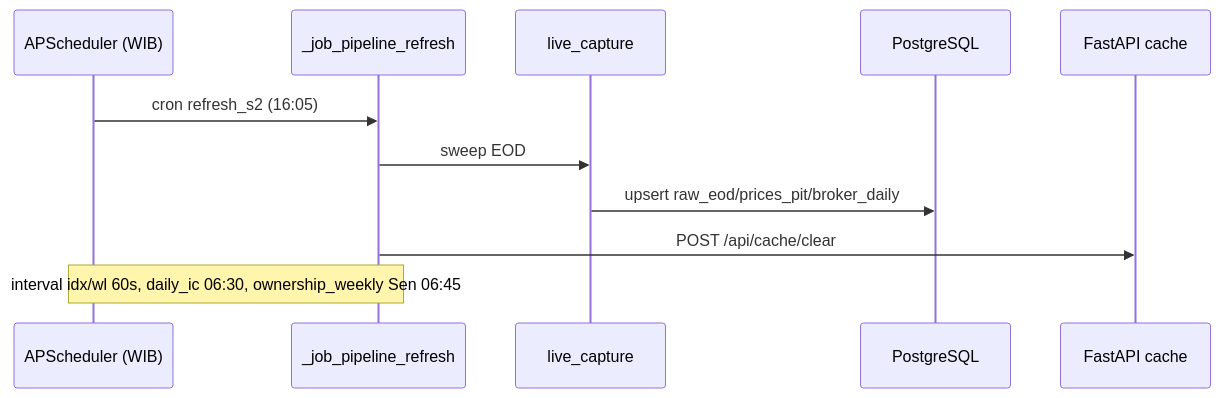
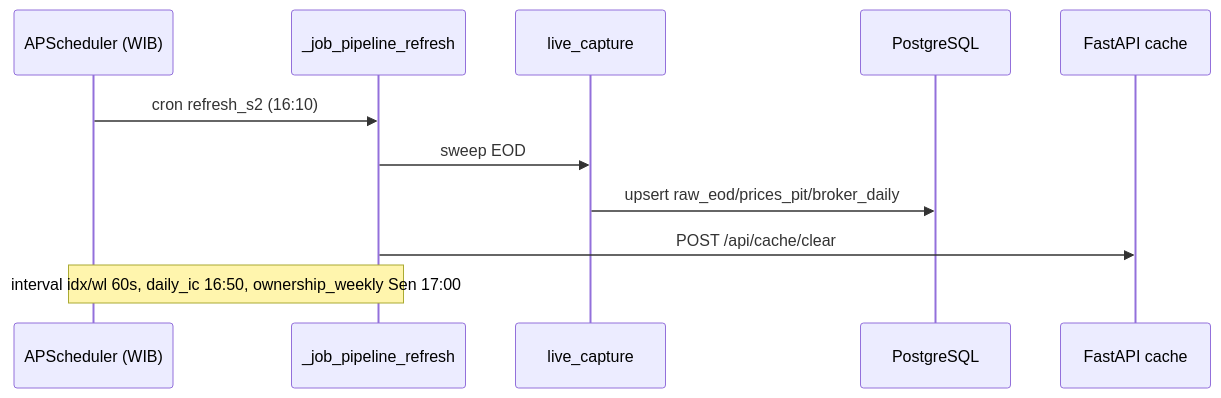
One commit to faizalajiw/idx-web changed the seventh of 7 diagrams in docs/README.md. Above: the diagram before and after it, drawn with Mermaid. The commit also changed other lines of this file and 15 other files, not shown here.

````diff
--- a/docs/README.md
+++ b/docs/README.md
@@ -158,13 +158,13 @@
 ```mermaid
 sequenceDiagram
     participant SCH as APScheduler (WIB)
     participant JOB as _job_pipeline_refresh
     participant LIVE as live_capture
     participant PG as PostgreSQL
     participant API as FastAPI cache
-    SCH->>JOB: cron refresh_s2 (16:05)
+    SCH->>JOB: cron refresh_s2 (16:10)
     JOB->>LIVE: sweep EOD
     LIVE->>PG: upsert raw_eod/prices_pit/broker_daily
     JOB->>API: POST /api/cache/clear
-    Note over SCH,JOB: interval idx/wl 60s, daily_ic 06:30, ownership_weekly Sen 06:45
+    Note over SCH,JOB: interval idx/wl 60s, daily_ic 16:50, ownership_weekly Sen 17:00
 ```
````
